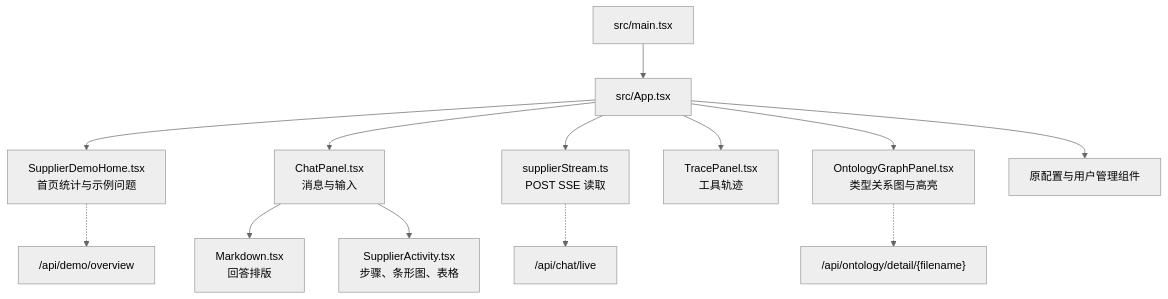
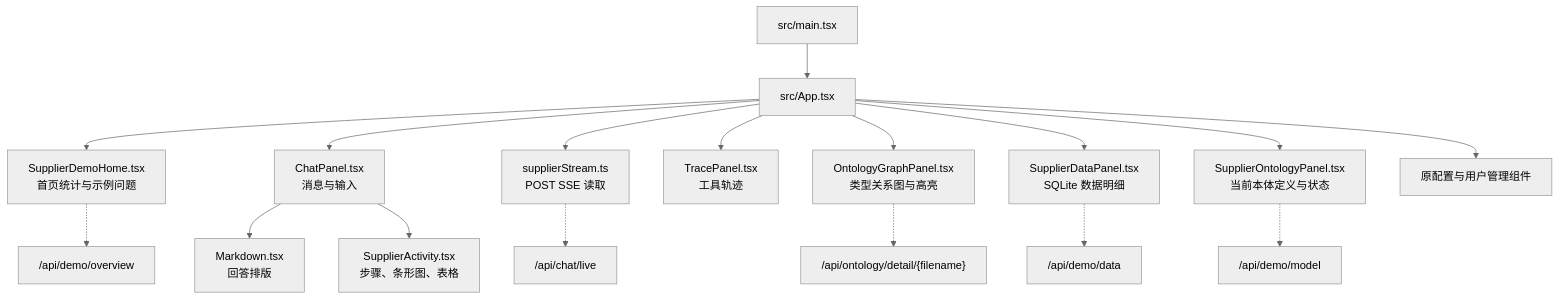
Before and after one commit to singlesinglepenpenguin/ontology_study_demo: the fifth of 6 diagrams in OntoPilot_代码依赖图谱.md, drawn with Mermaid (neutral theme). The commit also changed other lines of this file and 17 other files, not shown here.

Commit message:
Save data inspection and ontology state fixes before account isolation work

````diff
--- a/OntoPilot_代码依赖图谱.md
+++ b/OntoPilot_代码依赖图谱.md
@@ -194,15 +195,19 @@
 ```mermaid
 flowchart TD
     Main["src/main.tsx"] --> App["src/App.tsx"]
     App --> Home["SupplierDemoHome.tsx<br/>首页统计与示例问题"]
     App --> Chat["ChatPanel.tsx<br/>消息与输入"]
     App --> Stream["supplierStream.ts<br/>POST SSE 读取"]
     Stream -.-> API["/api/chat/live"]
     Chat --> Markdown["Markdown.tsx<br/>回答排版"]
     Chat --> Activity["SupplierActivity.tsx<br/>步骤、条形图、表格"]
     App --> Trace["TracePanel.tsx<br/>工具轨迹"]
     App --> Graph["OntologyGraphPanel.tsx<br/>类型关系图与高亮"]
+    App --> Data["SupplierDataPanel.tsx<br/>SQLite 数据明细"]
+    Data -.-> Read["/api/demo/data"]
+    App --> ModelInfo["SupplierOntologyPanel.tsx<br/>当前本体定义与状态"]
+    ModelInfo -.-> Status["/api/demo/model"]
     App --> Admin["原配置与用户管理组件"]
     Graph -.-> Meta["/api/ontology/detail/{filename}"]
     Home -.-> Overview["/api/demo/overview"]
 ```
````
